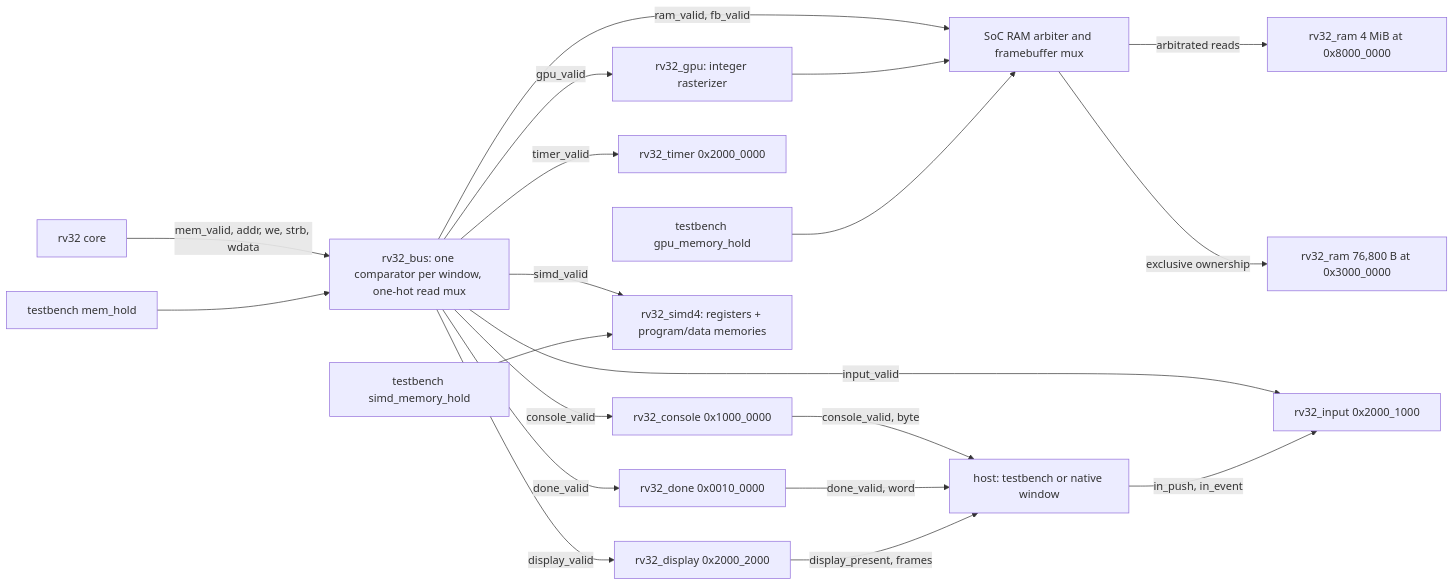
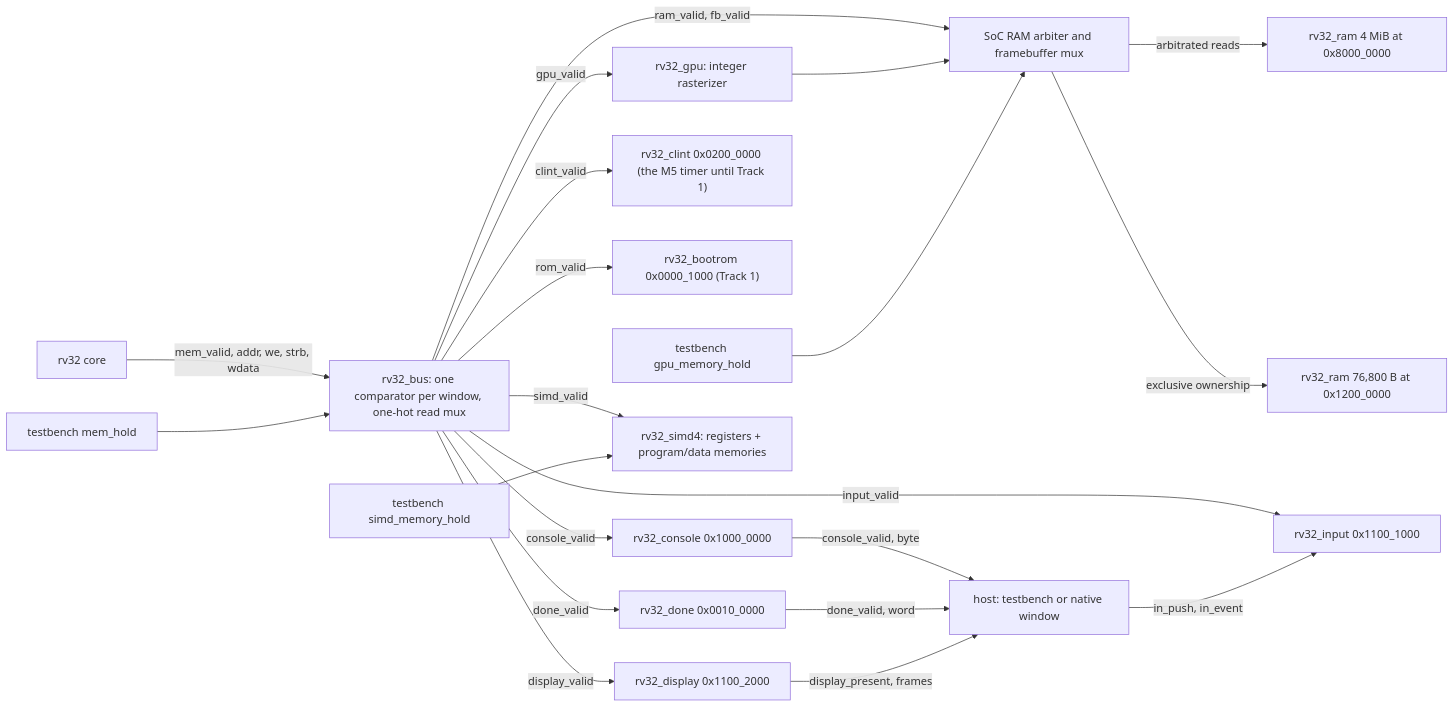
The diagram in docs/rv32-soc.md (ahmad-luqman/tiny-processors), drawn with Mermaid before and after one commit. The commit also changed other lines of this file and 64 other files, not shown here.

````diff
--- a/docs/rv32-soc.md
+++ b/docs/rv32-soc.md
@@ -18,22 +18,23 @@
 ```mermaid
 flowchart LR
     CORE["rv32 core"] -->|"mem_valid, addr, we, strb, wdata"| BUS["rv32_bus: one comparator per window, one-hot read mux"]
     HOLD["testbench mem_hold"] --> BUS
     BUS -->|"ram_valid, fb_valid"| MUX
     BUS -->|console_valid| CON["rv32_console 0x1000_0000"]
     BUS -->|done_valid| DONE["rv32_done 0x0010_0000"]
-    BUS -->|timer_valid| TIMER["rv32_timer 0x2000_0000"]
-    BUS -->|input_valid| IN["rv32_input 0x2000_1000"]
-    BUS -->|display_valid| DISP["rv32_display 0x2000_2000"]
+    BUS -->|clint_valid| TIMER["rv32_clint 0x0200_0000 (the M5 timer until Track 1)"]
+    BUS -->|rom_valid| ROM["rv32_bootrom 0x0000_1000 (Track 1)"]
+    BUS -->|input_valid| IN["rv32_input 0x1100_1000"]
+    BUS -->|display_valid| DISP["rv32_display 0x1100_2000"]
     BUS -->|simd_valid| SIMD["rv32_simd4: registers + program/data memories"]
     BUS -->|gpu_valid| GPU["rv32_gpu: integer rasterizer"]
     GPU --> MUX["SoC RAM arbiter and framebuffer mux"]
     MUX -->|"arbitrated reads"| RAM["rv32_ram 4 MiB at 0x8000_0000"]
-    MUX -->|"exclusive ownership"| FB["rv32_ram 76,800 B at 0x3000_0000"]
+    MUX -->|"exclusive ownership"| FB["rv32_ram 76,800 B at 0x1200_0000"]
     GPU_HOLD["testbench gpu_memory_hold"] --> MUX
     SIMD_HOLD["testbench simd_memory_hold"] --> SIMD
     CON -->|"console_valid, byte"| HOST["host: testbench or native window"]
     DONE -->|"done_valid, word"| HOST
     DISP -->|"display_present, frames"| HOST
     HOST -->|"in_push, in_event"| IN
 ```
````
